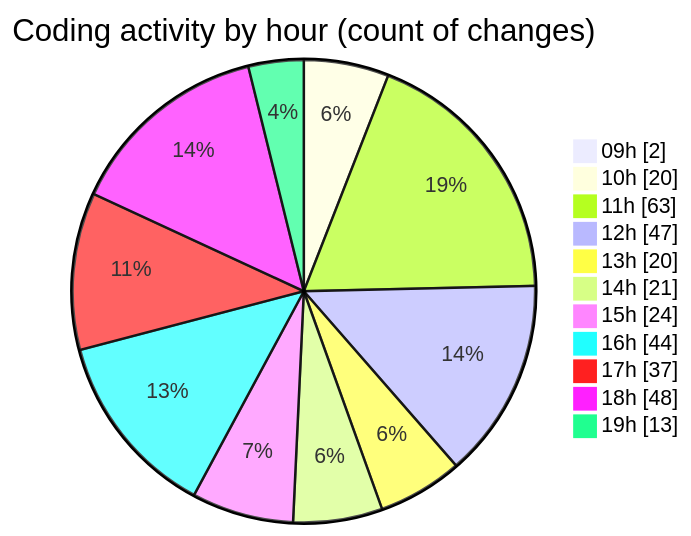
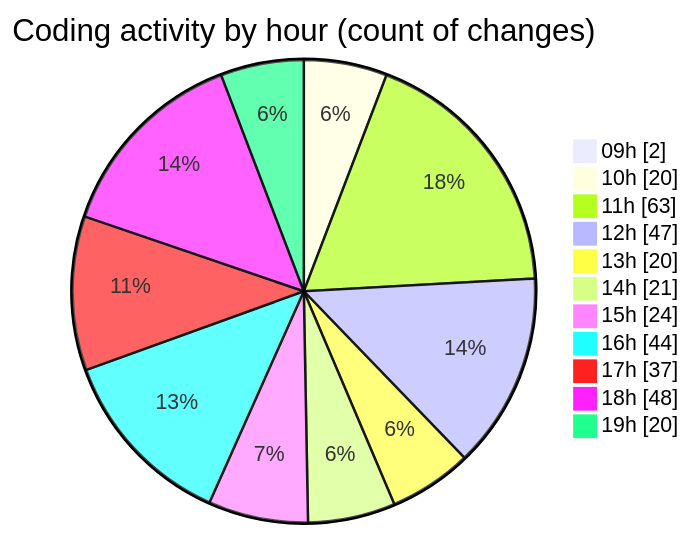
Before and after one commit to momahboobian/code-tracking: the second of 2 diagrams in 2025-04-08/cda/README.md, drawn with Mermaid. The commit also changed other lines of this file and 1 other file, not shown here.

````diff
--- a/2025-04-08/cda/README.md
+++ b/2025-04-08/cda/README.md
@@ -49,15 +49,15 @@
 ```mermaid
 pie showData
 title Coding activity by hour (count of changes)
 "09h" : 2
 "10h" : 20
 "11h" : 63
 "12h" : 47
 "13h" : 20
 "14h" : 21
 "15h" : 24
 "16h" : 44
 "17h" : 37
 "18h" : 48
-"19h" : 13
+"19h" : 20
 ```
````
